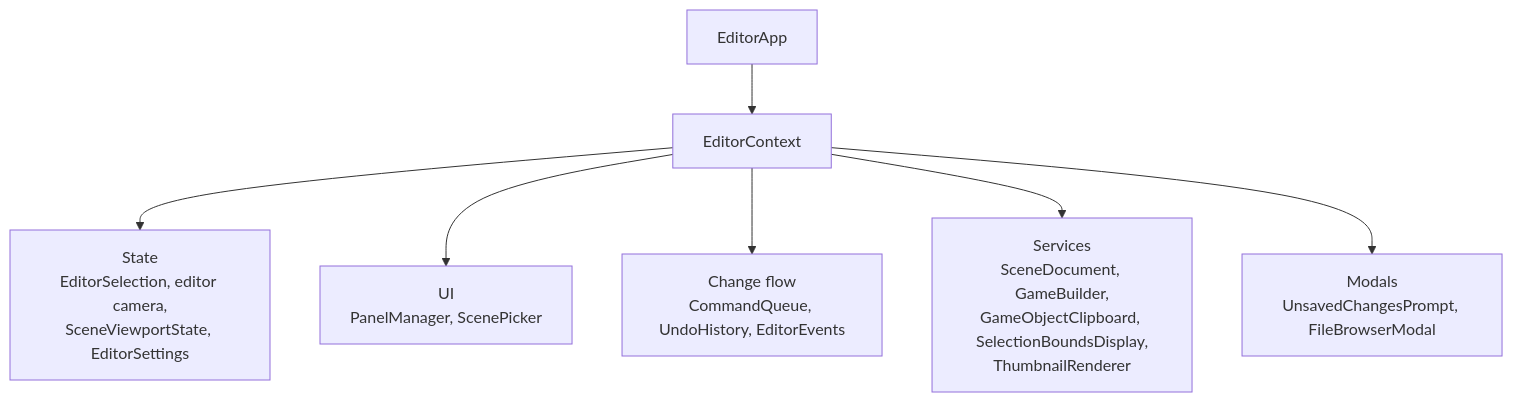
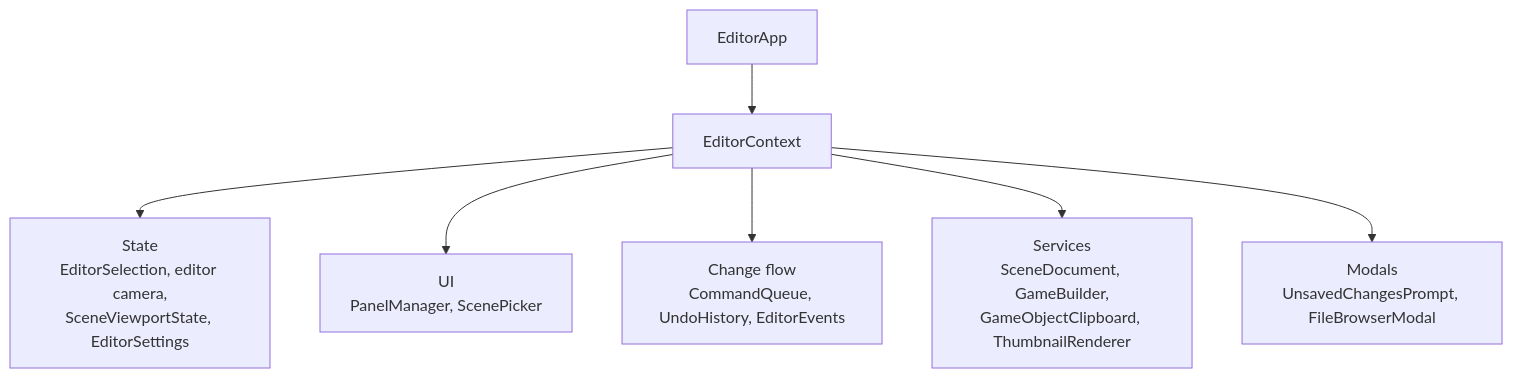
One commit to b1nary0/RZE changed the first of 3 diagrams in Docs/Generated/Engine/07-Editor/Editor-Framework.md. Above: the diagram before and after it, drawn with Mermaid. The commit also changed other lines of this file and 8 other files, not shown here.

````diff
--- a/Docs/Generated/Engine/07-Editor/Editor-Framework.md
+++ b/Docs/Generated/Engine/07-Editor/Editor-Framework.md
@@ -18,10 +18,10 @@
 ```mermaid
 %%{init: {'flowchart': {'subGraphTitleMargin': {'top': 6, 'bottom': 10}}, 'themeCSS': '.labelBkg, .edgeLabel { background-color: var(--background-primary) !important; } .messageText, .labelText, .loopText { paint-order: stroke; stroke: var(--background-primary); stroke-width: 12px; stroke-linejoin: round; }'}}%%
 flowchart TD
     App["EditorApp"] --> Ctx["EditorContext"]
     Ctx --> State["State<br/>EditorSelection, editor camera,<br/>SceneViewportState, EditorSettings"]
     Ctx --> UI["UI<br/>PanelManager, ScenePicker"]
     Ctx --> Flow["Change flow<br/>CommandQueue, UndoHistory, EditorEvents"]
-    Ctx --> Svc["Services<br/>SceneDocument, GameBuilder,<br/>GameObjectClipboard, SelectionBoundsDisplay,<br/>ThumbnailRenderer"]
+    Ctx --> Svc["Services<br/>SceneDocument, GameBuilder,<br/>GameObjectClipboard, ThumbnailRenderer"]
     Ctx --> Modals["Modals<br/>UnsavedChangesPrompt, FileBrowserModal"]
 ```
````
